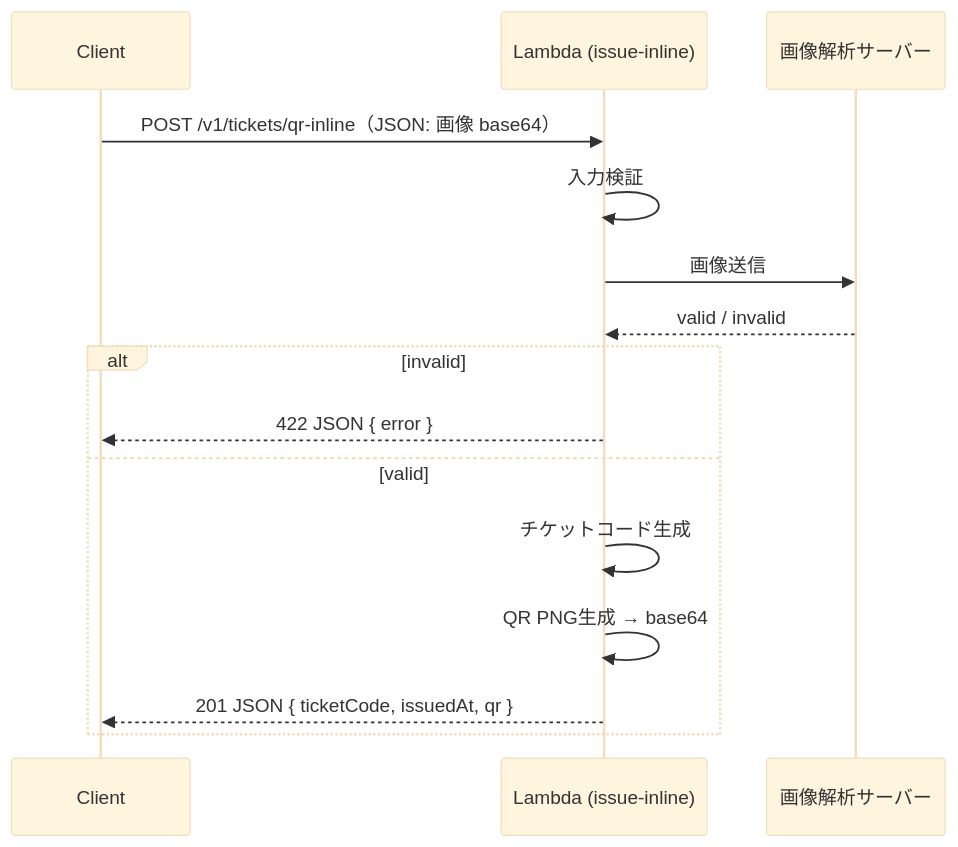
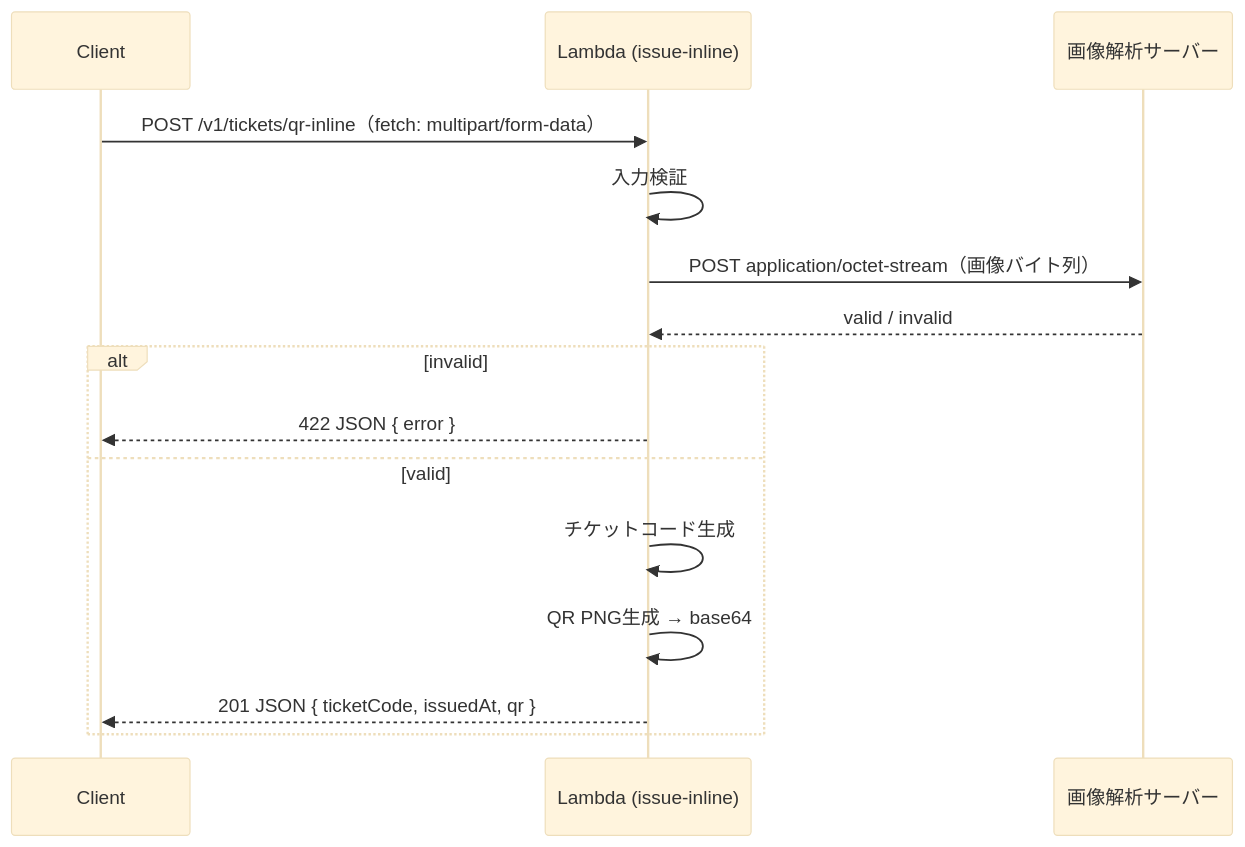
Before and after one commit to rxsxkxd/pk: the second of 5 diagrams in docs/st/DESIGN.md, drawn with Mermaid (base theme). The commit also changed other lines of this file and 23 other files, not shown here.

````diff
--- a/docs/st/DESIGN.md
+++ b/docs/st/DESIGN.md
@@ -68,18 +74,18 @@
 ```mermaid
 sequenceDiagram
   participant C as Client
   participant L as Lambda (issue-inline)
   participant IA as 画像解析サーバー
 
-  C->>L: POST /v1/tickets/qr-inline（JSON: 画像 base64）
+  C->>L: POST /v1/tickets/qr-inline（fetch: multipart/form-data）
   L->>L: 入力検証
-  L->>IA: 画像送信
+  L->>IA: POST application/octet-stream（画像バイト列）
   IA-->>L: valid / invalid
   alt invalid
     L-->>C: 422 JSON { error }
   else valid
     L->>L: チケットコード生成
     L->>L: QR PNG生成 → base64
     L-->>C: 201 JSON { ticketCode, issuedAt, qr }
   end
 ```
````
